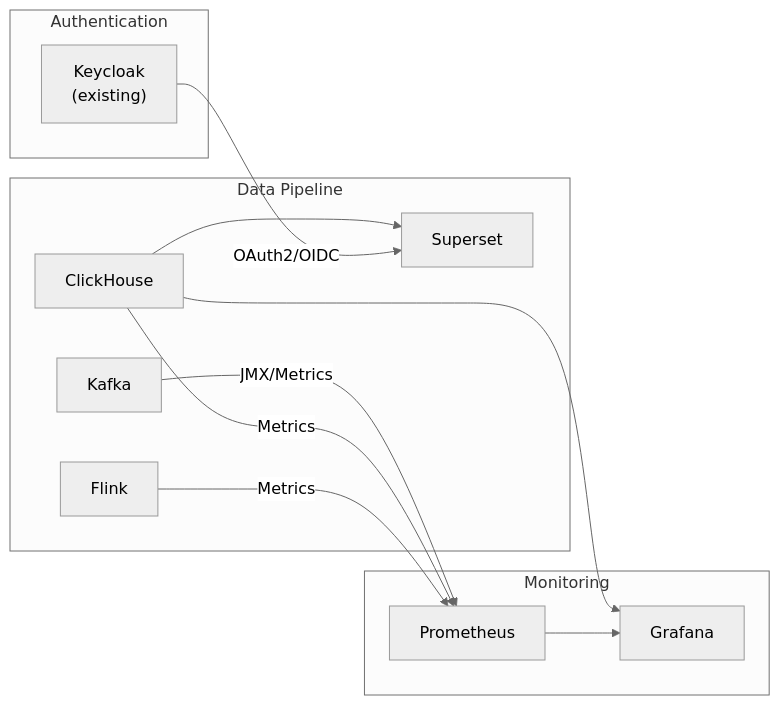
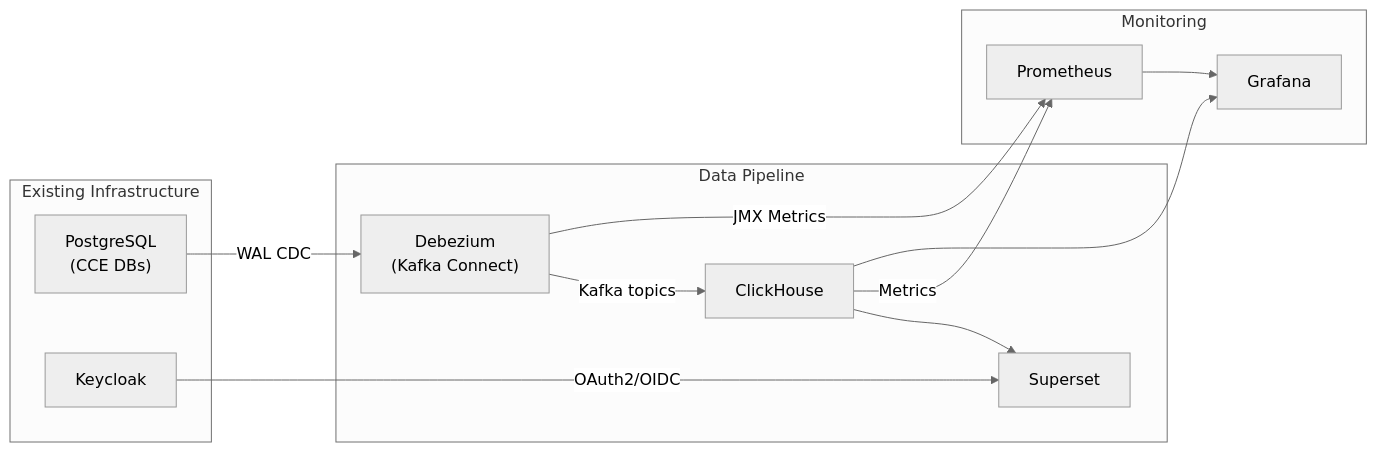
Before and after one commit to Jayaprakash8887/cce-data-pipeline: the first of 2 diagrams in docs/technology-stack.md, drawn with Mermaid (neutral theme). The commit also changed other lines of this file and 7 other files, not shown here.

First line of the commit message:
Refactor technology stack documentation: Update CDC architecture, remove Flink, and enhance ClickHouse usage

````diff
--- a/docs/technology-stack.md
+++ b/docs/technology-stack.md
@@ -278,26 +203,27 @@
 ```mermaid
 graph LR
-    subgraph Authentication
-        KC["Keycloak<br/>(existing)"]
+    subgraph Existing Infrastructure
+        PG["PostgreSQL<br/>(CCE DBs)"]
+        KC["Keycloak"]
     end
 
     subgraph Data Pipeline
+        DEB["Debezium<br/>(Kafka Connect)"]
+        CH["ClickHouse"]
         S["Superset"]
-        CH["ClickHouse"]
-        F["Flink"]
-        K["Kafka"]
     end
 
     subgraph Monitoring
         P["Prometheus"]
         G["Grafana"]
     end
 
+    PG -->|"WAL CDC"| DEB
+    DEB -->|"Kafka topics"| CH
     KC -->|"OAuth2/OIDC"| S
-    F -->|"Metrics"| P
+    CH --> S
     CH -->|"Metrics"| P
-    K -->|"JMX/Metrics"| P
+    DEB -->|"JMX Metrics"| P
     P --> G
-    CH --> S
     CH --> G
 ```
````
